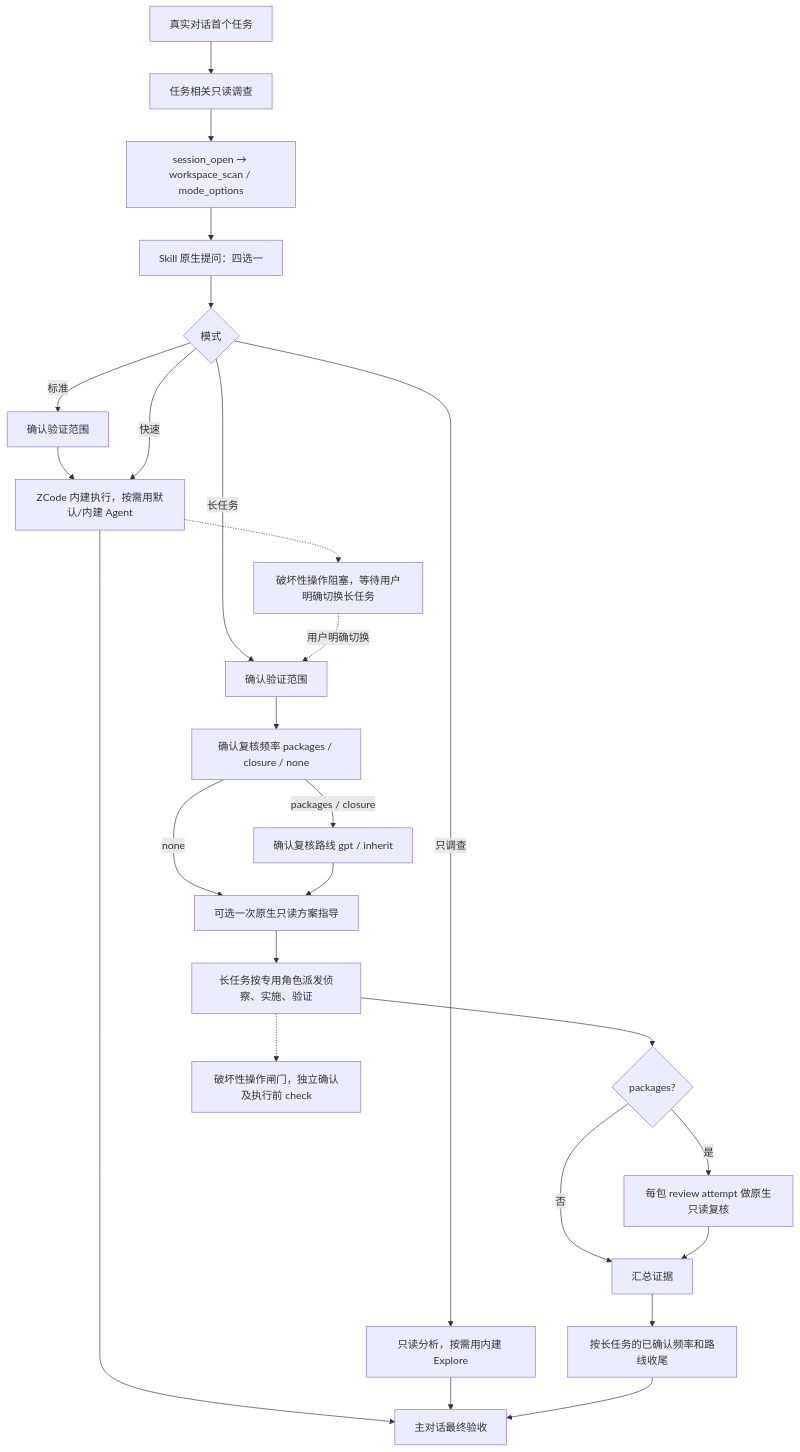
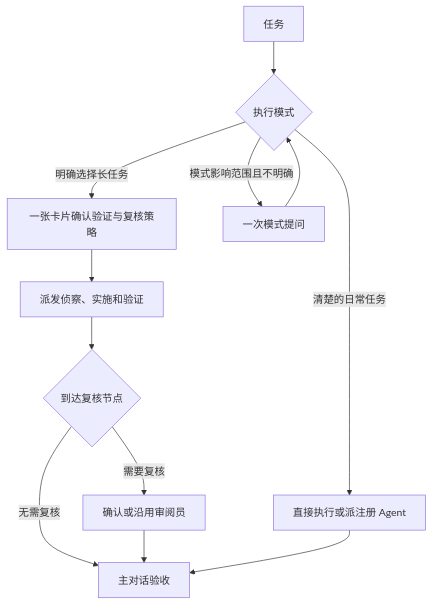
Before and after one commit to jinsc123654/single-conversation-subagent-skill: the diagram in README.md, drawn with Mermaid. The commit also changed other lines of this file and 14 other files, not shown here.

Commit message:
feat(zcode): 简化原生 Agent 开场与复核流程

````diff
--- a/README.md
+++ b/README.md
@@ -7,28 +7,14 @@
 ```mermaid
 flowchart TD
-  S["真实对话首个任务"] --> I["任务相关只读调查"]
-  I --> O["session_open → workspace_scan / mode_options"]
-  O --> A["Skill 原生提问：四选一"]
-  A --> M{"模式"}
-  M -->|标准| V["确认验证范围"]
-  M -->|长任务| VL["确认验证范围"]
-  V --> P["ZCode 内建执行，按需用默认/内建 Agent"]
-  M -->|快速| P
-  M -->|只调查| D["只读分析，按需用内建 Explore"]
-  VL --> G["确认复核频率 packages / closure / none"]
-  G -->|packages / closure| R["确认复核路线 gpt / inherit"]
-  G -->|none| C["可选一次原生只读方案指导"]
-  R --> C
-  C --> W["长任务按专用角色派发侦察、实施、验证"]
-  W --> RV{"packages?"}
-  RV -->|是| T["每包 review attempt 做原生只读复核"]
-  RV -->|否| E["汇总证据"]
-  T --> E
-  E --> X["按长任务的已确认频率和路线收尾"]
-  P -.-> B["破坏性操作阻塞，等待用户明确切换长任务"]
-  B -.->|用户明确切换| VL
-  W -.-> H["破坏性操作闸门，独立确认及执行前 check"]
-  P --> Z["主对话最终验收"]
+  S["任务"] --> M{"执行模式"}
+  M -->|清楚的日常任务| D["直接执行或派注册 Agent"]
+  M -->|明确选择长任务| C["一张卡片确认验证与复核策略"]
+  M -->|模式影响范围且不明确| A["一次模式提问"]
+  A --> M
+  C --> W["派发侦察、实施和验证"]
+  W --> R{"到达复核节点"}
+  R -->|需要复核| H["确认或沿用审阅员"]
+  R -->|无需复核| Z["主对话验收"]
+  H --> Z
   D --> Z
-  X --> Z
 ```
````
